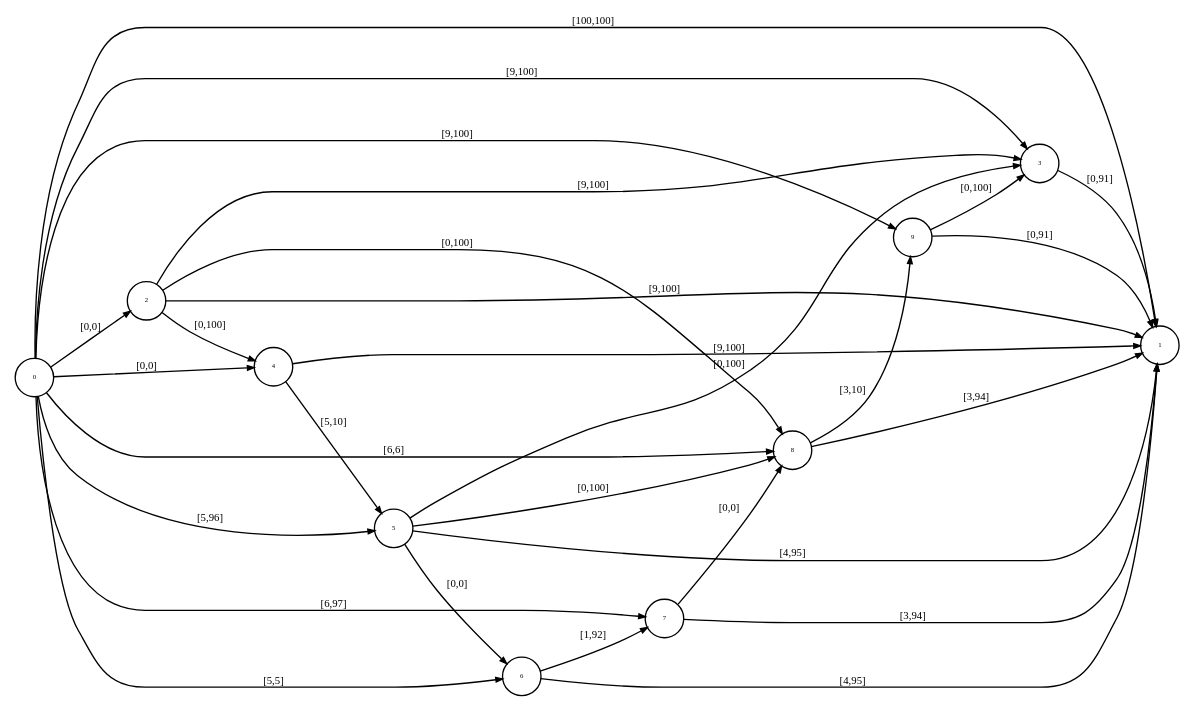
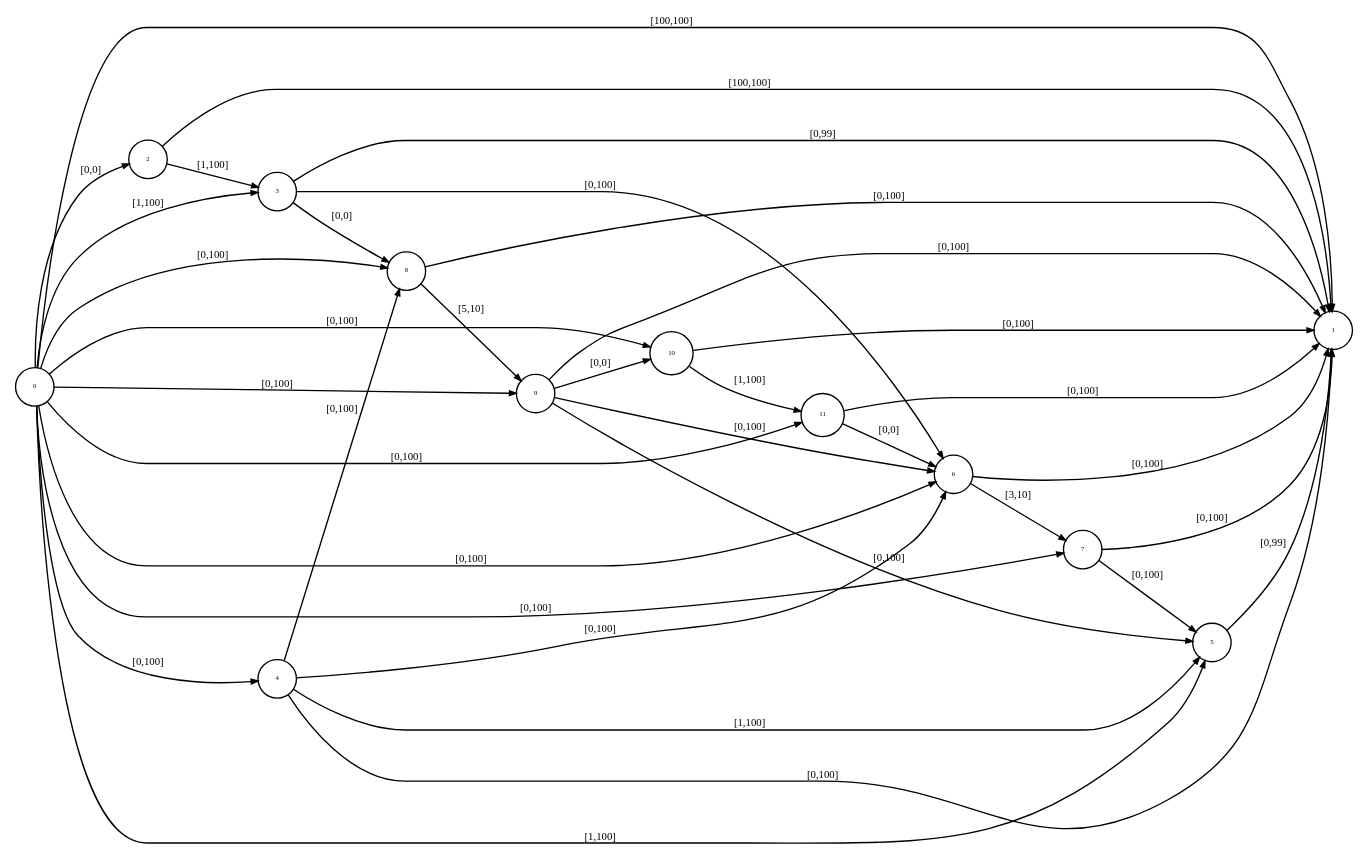
One commit to pstlab/roxanne_rosjava changed the diagram in stnu.dot. Above: the diagram before and after it, drawn with Graphviz. The commit also changed 5 other files, not shown here.

```diff
--- a/stnu.dot
+++ b/stnu.dot
@@ -1,32 +1,39 @@
 digraph stnu {
 	rankdir=LR;
-	node [with=.2, height=.2, fontsize=5, shape=circle, style=filled, fillcolor=white];	2 -> 1 [fontsize=8, arrowsize= .5, label = "[9,100]"];
-	2 -> 3 [fontsize=8, arrowsize= .5, label = "[9,100]"];
-	2 -> 4 [fontsize=8, arrowsize= .5, label = "[0,100]"];
-	2 -> 8 [fontsize=8, arrowsize= .5, label = "[0,100]"];
-	3 -> 1 [fontsize=8, arrowsize= .5, label = "[0,91]"];
-	4 -> 1 [fontsize=8, arrowsize= .5, label = "[9,100]"];
-	4 -> 5 [fontsize=8, arrowsize= .5, label = "[5,10]"];
-	5 -> 1 [fontsize=8, arrowsize= .5, label = "[4,95]"];
-	5 -> 3 [fontsize=8, arrowsize= .5, label = "[0,100]"];
-	5 -> 6 [fontsize=8, arrowsize= .5, label = "[0,0]"];
-	5 -> 8 [fontsize=8, arrowsize= .5, label = "[0,100]"];
-	6 -> 1 [fontsize=8, arrowsize= .5, label = "[4,95]"];
-	6 -> 7 [fontsize=8, arrowsize= .5, label = "[1,92]"];
-	7 -> 1 [fontsize=8, arrowsize= .5, label = "[3,94]"];
-	7 -> 8 [fontsize=8, arrowsize= .5, label = "[0,0]"];
-	8 -> 1 [fontsize=8, arrowsize= .5, label = "[3,94]"];
-	8 -> 9 [fontsize=8, arrowsize= .5, label = "[3,10]"];
-	9 -> 1 [fontsize=8, arrowsize= .5, label = "[0,91]"];
-	9 -> 3 [fontsize=8, arrowsize= .5, label = "[0,100]"];
+	node [with=.2, height=.2, fontsize=5, shape=circle, style=filled, fillcolor=white];	2 -> 1 [fontsize=8, arrowsize= .5, label = "[100,100]"];
+	2 -> 3 [fontsize=8, arrowsize= .5, label = "[1,100]"];
+	3 -> 1 [fontsize=8, arrowsize= .5, label = "[0,99]"];
+	3 -> 6 [fontsize=8, arrowsize= .5, label = "[0,100]"];
+	3 -> 8 [fontsize=8, arrowsize= .5, label = "[0,0]"];
+	4 -> 1 [fontsize=8, arrowsize= .5, label = "[0,100]"];
+	4 -> 5 [fontsize=8, arrowsize= .5, label = "[1,100]"];
+	4 -> 6 [fontsize=8, arrowsize= .5, label = "[0,100]"];
+	4 -> 8 [fontsize=8, arrowsize= .5, label = "[0,100]"];
+	5 -> 1 [fontsize=8, arrowsize= .5, label = "[0,99]"];
+	6 -> 1 [fontsize=8, arrowsize= .5, label = "[0,100]"];
+	6 -> 7 [fontsize=8, arrowsize= .5, label = "[3,10]"];
+	7 -> 1 [fontsize=8, arrowsize= .5, label = "[0,100]"];
+	7 -> 5 [fontsize=8, arrowsize= .5, label = "[0,100]"];
+	8 -> 1 [fontsize=8, arrowsize= .5, label = "[0,100]"];
+	8 -> 9 [fontsize=8, arrowsize= .5, label = "[5,10]"];
+	9 -> 1 [fontsize=8, arrowsize= .5, label = "[0,100]"];
+	9 -> 5 [fontsize=8, arrowsize= .5, label = "[0,100]"];
+	9 -> 6 [fontsize=8, arrowsize= .5, label = "[0,100]"];
+	9 -> 10 [fontsize=8, arrowsize= .5, label = "[0,0]"];
+	10 -> 1 [fontsize=8, arrowsize= .5, label = "[0,100]"];
+	10 -> 11 [fontsize=8, arrowsize= .5, label = "[1,100]"];
+	11 -> 1 [fontsize=8, arrowsize= .5, label = "[0,100]"];
+	11 -> 6 [fontsize=8, arrowsize= .5, label = "[0,0]"];
 	0 -> 1 [fontsize=8, arrowsize= .5, label = "[100,100]"];
 	0 -> 2 [fontsize=8, arrowsize= .5, label = "[0,0]"];
-	0 -> 3 [fontsize=8, arrowsize= .5, label = "[9,100]"];
-	0 -> 4 [fontsize=8, arrowsize= .5, label = "[0,0]"];
-	0 -> 5 [fontsize=8, arrowsize= .5, label = "[5,96]"];
-	0 -> 6 [fontsize=8, arrowsize= .5, label = "[5,5]"];
-	0 -> 7 [fontsize=8, arrowsize= .5, label = "[6,97]"];
-	0 -> 8 [fontsize=8, arrowsize= .5, label = "[6,6]"];
-	0 -> 9 [fontsize=8, arrowsize= .5, label = "[9,100]"];
+	0 -> 3 [fontsize=8, arrowsize= .5, label = "[1,100]"];
+	0 -> 4 [fontsize=8, arrowsize= .5, label = "[0,100]"];
+	0 -> 5 [fontsize=8, arrowsize= .5, label = "[1,100]"];
+	0 -> 6 [fontsize=8, arrowsize= .5, label = "[0,100]"];
+	0 -> 7 [fontsize=8, arrowsize= .5, label = "[0,100]"];
+	0 -> 8 [fontsize=8, arrowsize= .5, label = "[0,100]"];
+	0 -> 9 [fontsize=8, arrowsize= .5, label = "[0,100]"];
+	0 -> 10 [fontsize=8, arrowsize= .5, label = "[0,100]"];
+	0 -> 11 [fontsize=8, arrowsize= .5, label = "[0,100]"];
 
 }
```
